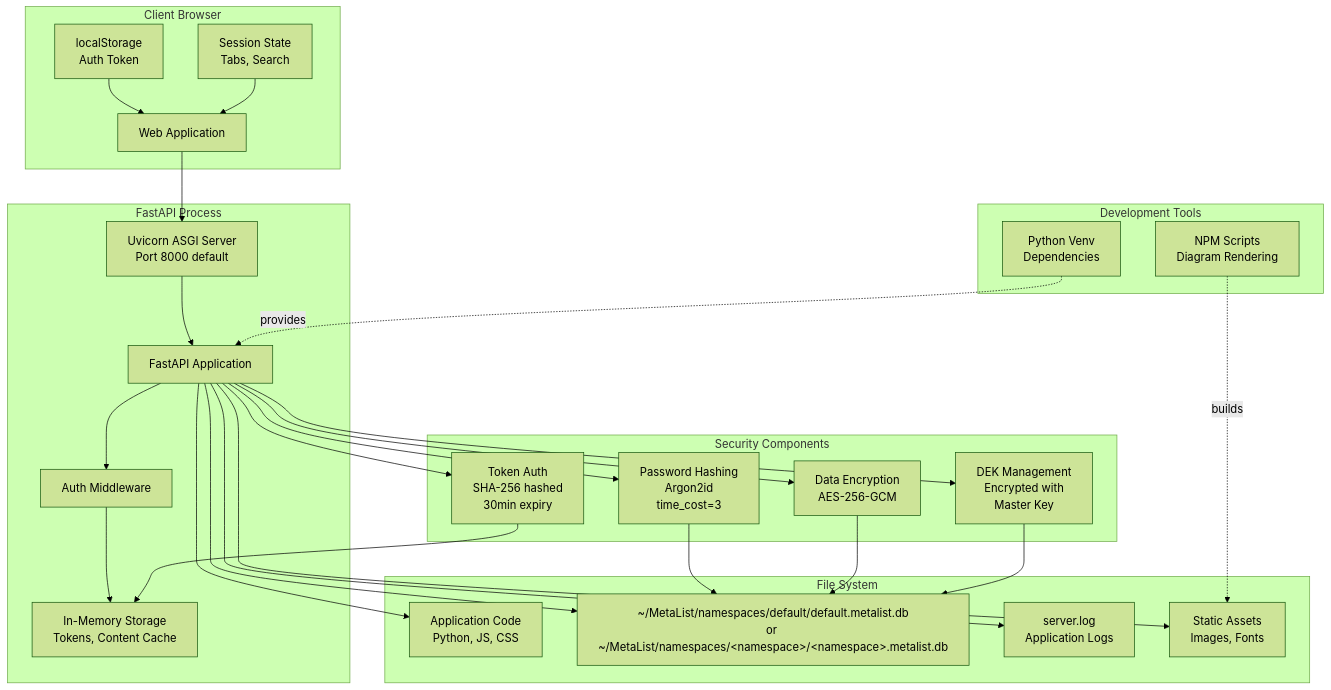
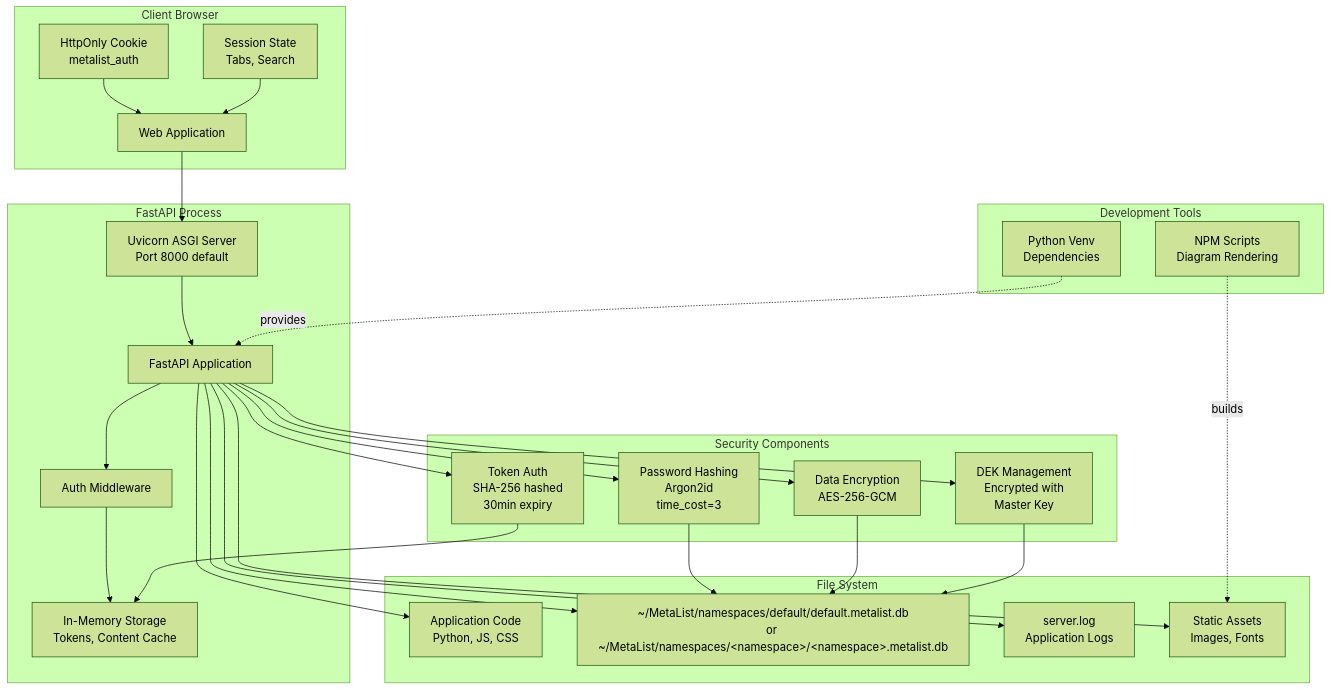
The diagram in docs/diagrams/deployment-architecture.md (evolvingstuff/metalist), drawn with Mermaid (forest theme) before and after one commit. The commit also changed 42 other files, not shown here.

````diff
--- a/docs/diagrams/deployment-architecture.md
+++ b/docs/diagrams/deployment-architecture.md
@@ -5,60 +5,60 @@
 ```mermaid
 graph TB
     subgraph "Client Browser"
         WebApp[Web Application]
-        LocalStorage[localStorage<br/>Auth Token]
+        CookieJar[HttpOnly Cookie<br/>metalist_auth]
         SessionStorage[Session State<br/>Tabs, Search]
     end
     
     subgraph "FastAPI Process"
         ASGI[Uvicorn ASGI Server<br/>Port 8000 default]
         App[FastAPI Application]
         Middleware[Auth Middleware]
         InMemory[In-Memory Storage<br/>Tokens, Content Cache]
     end
     
     subgraph "File System"
         AppCode[Application Code<br/>Python, JS, CSS]
         SQLiteFile[~/MetaList/namespaces/default/default.metalist.db<br/>or ~/MetaList/namespaces/&lt;namespace&gt;/&lt;namespace&gt;.metalist.db]
         Logs[server.log<br/>Application Logs]
         StaticAssets[Static Assets<br/>Images, Fonts]
     end
     
     subgraph "Security Components"
         PassHash[Password Hashing<br/>Argon2id<br/>time_cost=3]
         DataEnc[Data Encryption<br/>AES-256-GCM]
         TokenAuth[Token Auth<br/>SHA-256 hashed<br/>30min expiry]
         DEKMgmt[DEK Management<br/>Encrypted with<br/>Master Key]
     end
     
     subgraph "Development Tools"
         NPM[NPM Scripts<br/>Diagram Rendering]
         Venv[Python Venv<br/>Dependencies]
     end
     
     WebApp --> ASGI
-    LocalStorage --> WebApp
+    CookieJar --> WebApp
     SessionStorage --> WebApp
     
     ASGI --> App
     App --> Middleware
     Middleware --> InMemory
     
     App --> AppCode
     App --> SQLiteFile
     App --> Logs
     App --> StaticAssets
     
     App --> PassHash
     App --> DataEnc
     App --> TokenAuth
     App --> DEKMgmt
     
     PassHash --> SQLiteFile
     DataEnc --> SQLiteFile
     TokenAuth --> InMemory
     DEKMgmt --> SQLiteFile
     
     NPM -.->|builds| StaticAssets
     Venv -.->|provides| App
 ```
````
